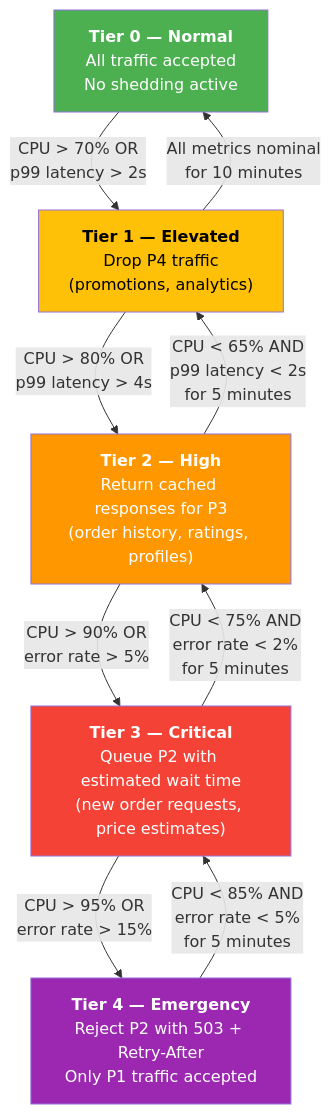
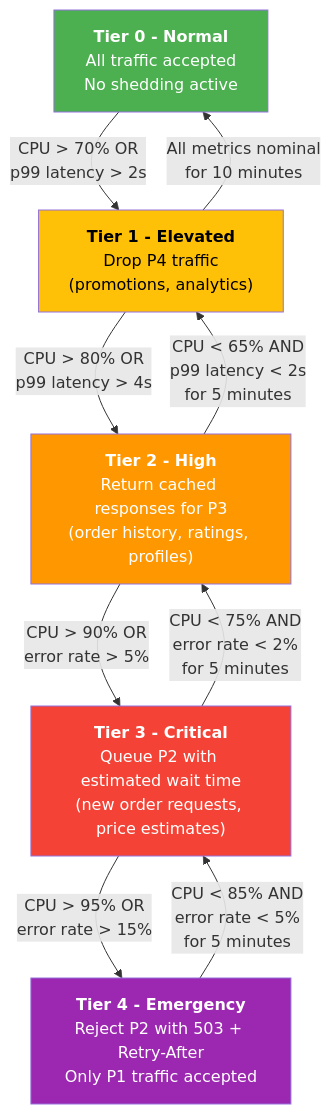
Before and after one commit to rishikeshdhokare/platform-manifesto: the second of 4 diagrams in 05-operational-excellence/05-load-shedding.md, drawn with Mermaid. The commit also changed other lines of this file and 20 other files, not shown here.

````diff
--- a/05-operational-excellence/05-load-shedding.md
+++ b/05-operational-excellence/05-load-shedding.md
@@ -121,23 +121,23 @@
 ```mermaid
 flowchart TD
-    T0["<b>Tier 0 — Normal</b><br/>All traffic accepted<br/>No shedding active"]
-    T1["<b>Tier 1 — Elevated</b><br/>Drop P4 traffic<br/>(promotions, analytics)"]
-    T2["<b>Tier 2 — High</b><br/>Return cached responses for P3<br/>(order history, ratings, profiles)"]
-    T3["<b>Tier 3 — Critical</b><br/>Queue P2 with estimated wait time<br/>(new order requests, price estimates)"]
-    T4["<b>Tier 4 — Emergency</b><br/>Reject P2 with 503 + Retry-After<br/>Only P1 traffic accepted"]
+    T0["<b>Tier 0 - Normal</b><br/>All traffic accepted<br/>No shedding active"]
+    T1["<b>Tier 1 - Elevated</b><br/>Drop P4 traffic<br/>(promotions, analytics)"]
+    T2["<b>Tier 2 - High</b><br/>Return cached responses for P3<br/>(order history, ratings, profiles)"]
+    T3["<b>Tier 3 - Critical</b><br/>Queue P2 with estimated wait time<br/>(new order requests, price estimates)"]
+    T4["<b>Tier 4 - Emergency</b><br/>Reject P2 with 503 + Retry-After<br/>Only P1 traffic accepted"]
 
     T0 -->|"CPU > 70% OR<br/>p99 latency > 2s"| T1
     T1 -->|"CPU > 80% OR<br/>p99 latency > 4s"| T2
     T2 -->|"CPU > 90% OR<br/>error rate > 5%"| T3
     T3 -->|"CPU > 95% OR<br/>error rate > 15%"| T4
     T4 -->|"CPU < 85% AND<br/>error rate < 5%<br/>for 5 minutes"| T3
     T3 -->|"CPU < 75% AND<br/>error rate < 2%<br/>for 5 minutes"| T2
     T2 -->|"CPU < 65% AND<br/>p99 latency < 2s<br/>for 5 minutes"| T1
     T1 -->|"All metrics nominal<br/>for 10 minutes"| T0
 
     style T0 fill:#4CAF50,color:#fff
     style T1 fill:#FFC107,color:#000
     style T2 fill:#FF9800,color:#fff
     style T3 fill:#F44336,color:#fff
     style T4 fill:#9C27B0,color:#fff
 ```
````
